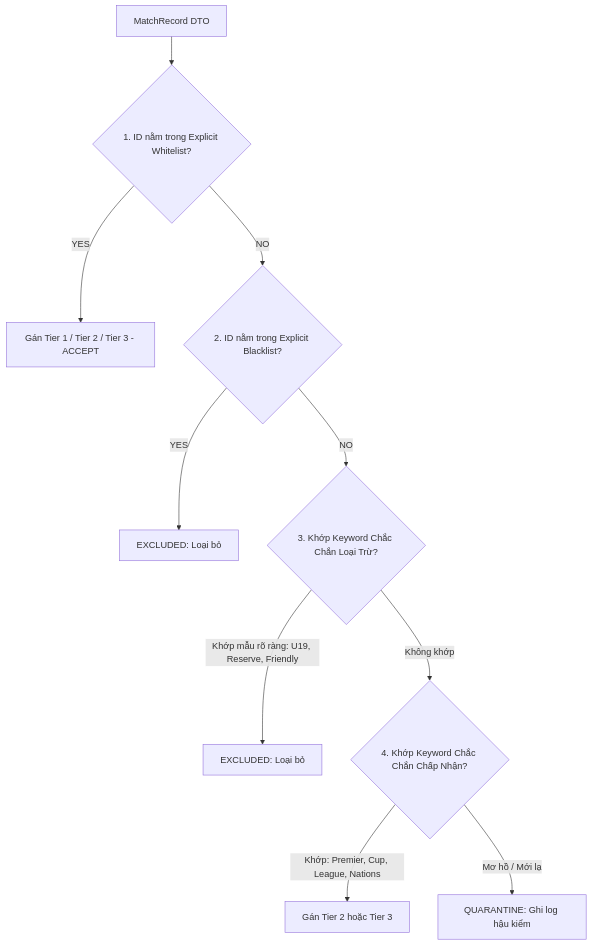
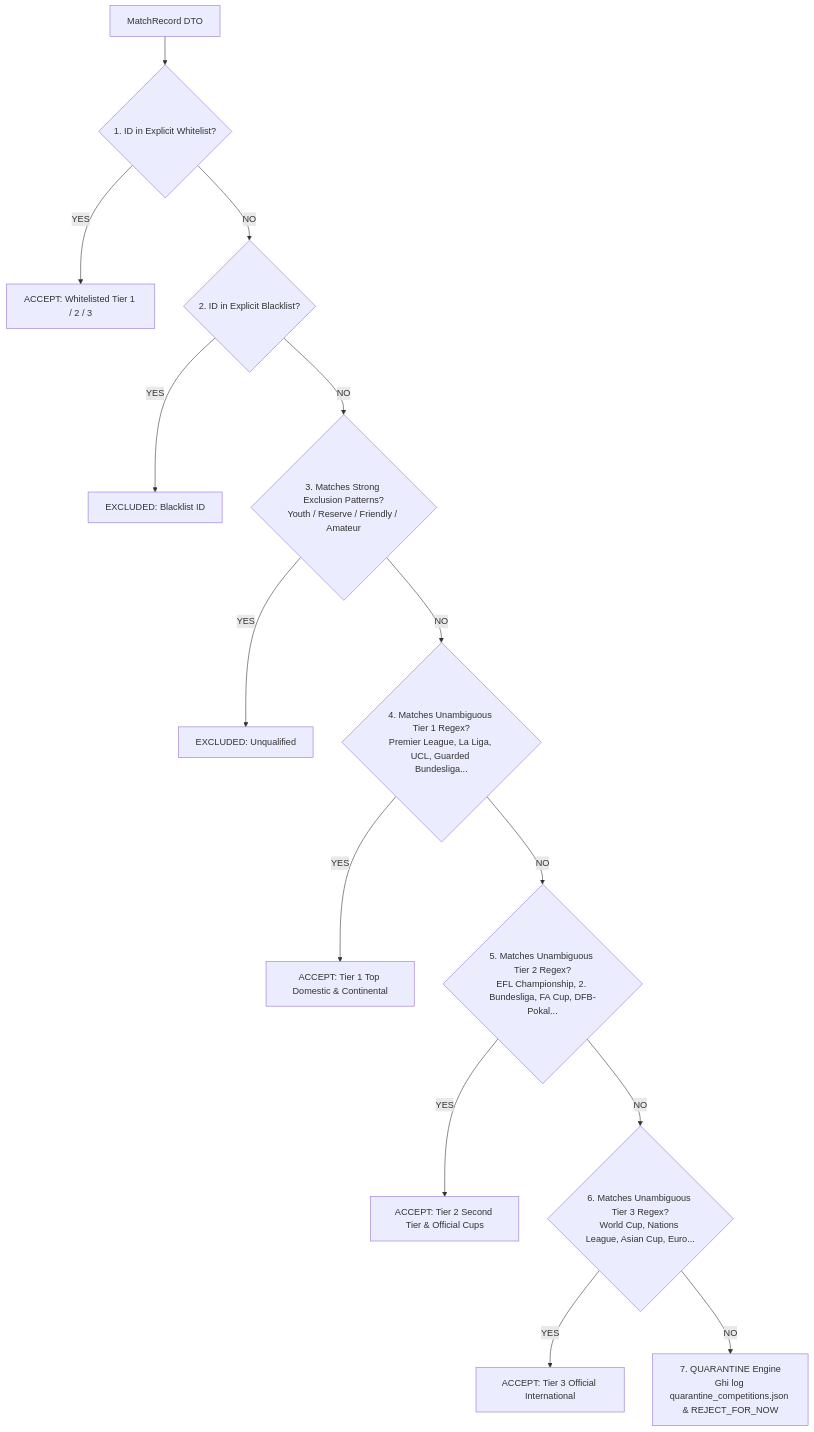
One commit to AnhQuocs/truelab-android changed the diagram in docs/plans/competition-quality-policy-spec.md. Above: the diagram before and after it, drawn with Mermaid. The commit also changed other lines of this file and 35 other files, not shown here.

````diff
--- a/docs/plans/competition-quality-policy-spec.md
+++ b/docs/plans/competition-quality-policy-spec.md
@@ -126,15 +62,21 @@
 ```mermaid
 flowchart TD
-    Record[MatchRecord DTO] --> CheckWhitelistId{1. ID nằm trong Explicit Whitelist?}
-    CheckWhitelistId -->|YES| ResolveTier[Gán Tier 1 / Tier 2 / Tier 3 - ACCEPT]
-    CheckWhitelistId -->|NO| CheckBlacklistId{2. ID nằm trong Explicit Blacklist?}
+    Record[MatchRecord DTO] --> Step1{1. ID in Explicit Whitelist?}
+    Step1 -->|YES| AccW[ACCEPT: Whitelisted Tier 1 / 2 / 3]
+    Step1 -->|NO| Step2{2. ID in Explicit Blacklist?}
     
-    CheckBlacklistId -->|YES| RejectBlacklist[EXCLUDED: Loại bỏ]
-    CheckBlacklistId -->|NO| CheckExclusionPatterns{3. Khớp Keyword Chắc Chắn Loại Trừ?}
+    Step2 -->|YES| RejB[EXCLUDED: Blacklist ID]
+    Step2 -->|NO| Step3{3. Matches Strong Exclusion Patterns?<br/>Youth / Reserve / Friendly / Amateur}
     
-    CheckExclusionPatterns -->|Khớp mẫu rõ ràng: U19, Reserve, Friendly| RejectPattern[EXCLUDED: Loại bỏ]
-    CheckExclusionPatterns -->|Không khớp| CheckAcceptedPatterns{4. Khớp Keyword Chắc Chắn Chấp Nhận?}
+    Step3 -->|YES| RejE[EXCLUDED: Unqualified]
+    Step3 -->|NO| Step4{4. Matches Unambiguous Tier 1 Regex?<br/>Premier League, La Liga, UCL, Guarded Bundesliga...}
     
-    CheckAcceptedPatterns -->|Khớp: Premier, Cup, League, Nations| ResolveTierByKeyword[Gán Tier 2 hoặc Tier 3]
-    CheckAcceptedPatterns -->|Mơ hồ / Mới lạ| MoveToQuarantine[QUARANTINE: Ghi log hậu kiểm]
+    Step4 -->|YES| AccT1[ACCEPT: Tier 1 Top Domestic & Continental]
+    Step4 -->|NO| Step5{5. Matches Unambiguous Tier 2 Regex?<br/>EFL Championship, 2. Bundesliga, FA Cup, DFB-Pokal...}
+    
+    Step5 -->|YES| AccT2[ACCEPT: Tier 2 Second Tier & Official Cups]
+    Step5 -->|NO| Step6{6. Matches Unambiguous Tier 3 Regex?<br/>World Cup, Nations League, Asian Cup, Euro...}
+    
+    Step6 -->|YES| AccT3[ACCEPT: Tier 3 Official International]
+    Step6 -->|NO| Step7[7. QUARANTINE Engine<br/>Ghi log quarantine_competitions.json & REJECT_FOR_NOW]
 ```
````
